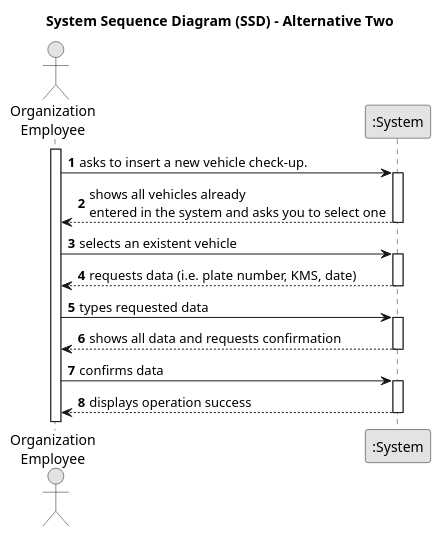
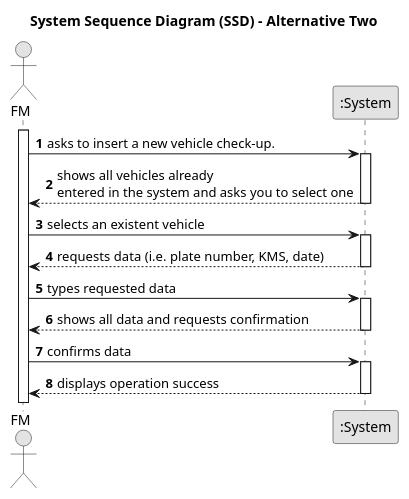
One commit to daniel41silva05/ISEP_2023_2024_LAPR2 changed the diagram in docs/sprintA&B/us007/01.requirements-engineering/puml/us007-system-sequence-diagram-alternative-two.puml. Above: the diagram before and after it, drawn with PlantUML. The commit also changed 10 other files, not shown here.

```diff
--- a/docs/sprintA&B/us007/01.requirements-engineering/puml/us007-system-sequence-diagram-alternative-two.puml
+++ b/docs/sprintA&B/us007/01.requirements-engineering/puml/us007-system-sequence-diagram-alternative-two.puml
@@ -1,39 +1,39 @@
 @startuml
 skinparam monochrome true
 skinparam packageStyle rectangle
 skinparam shadowing false
 
 title System Sequence Diagram (SSD) - Alternative Two
 
 autonumber
 
-actor "Organization\nEmployee" as Employee
+actor "FM" as FM
 participant ":System" as System
 
-activate Employee
+activate FM
 
-    Employee -> System : asks to insert a new vehicle check-up.
+    FM -> System : asks to insert a new vehicle check-up.
     activate System
 
-        System --> Employee : shows all vehicles already \nentered in the system and asks you to select one
+        System --> FM : shows all vehicles already \nentered in the system and asks you to select one
     deactivate System
 '
-    Employee -> System : selects an existent vehicle
+    FM -> System : selects an existent vehicle
     activate System
 
-        System --> Employee : requests data (i.e. plate number, KMS, date)
+        System --> FM : requests data (i.e. plate number, KMS, date)
     deactivate System
 
-    Employee -> System : types requested data
+    FM -> System : types requested data
     activate System
 
 
-        System --> Employee : shows all data and requests confirmation
+        System --> FM : shows all data and requests confirmation
     deactivate System
 
-    Employee -> System : confirms data
+    FM -> System : confirms data
     activate System
 
-        System --> Employee : displays operation success
+        System --> FM : displays operation success
     deactivate System
 @enduml
```
